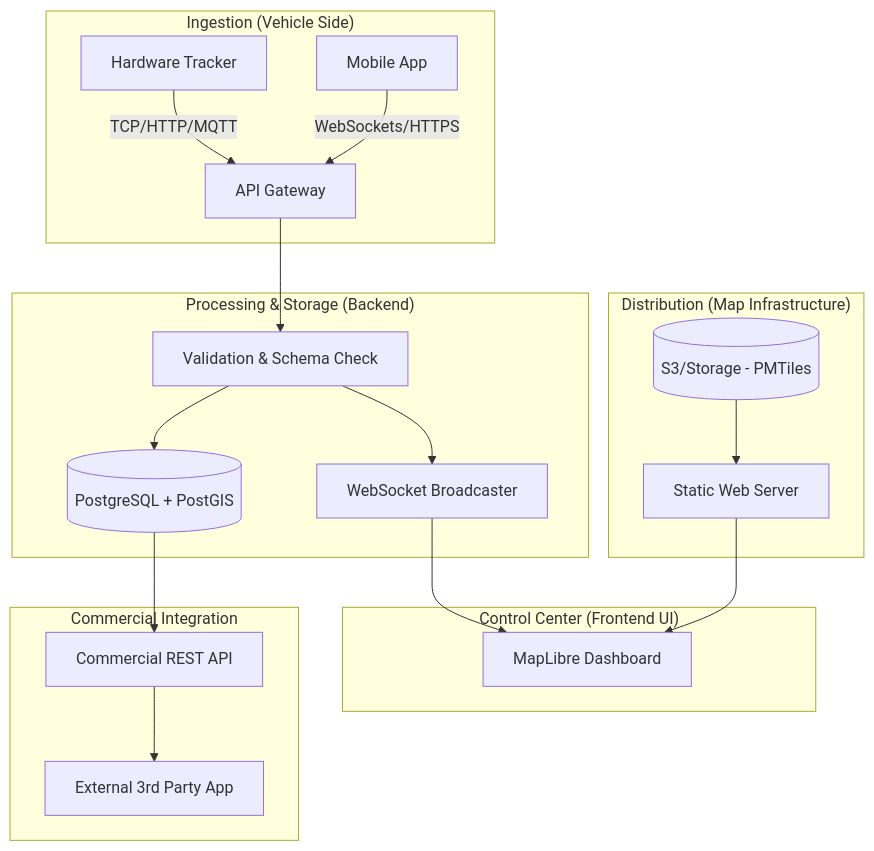
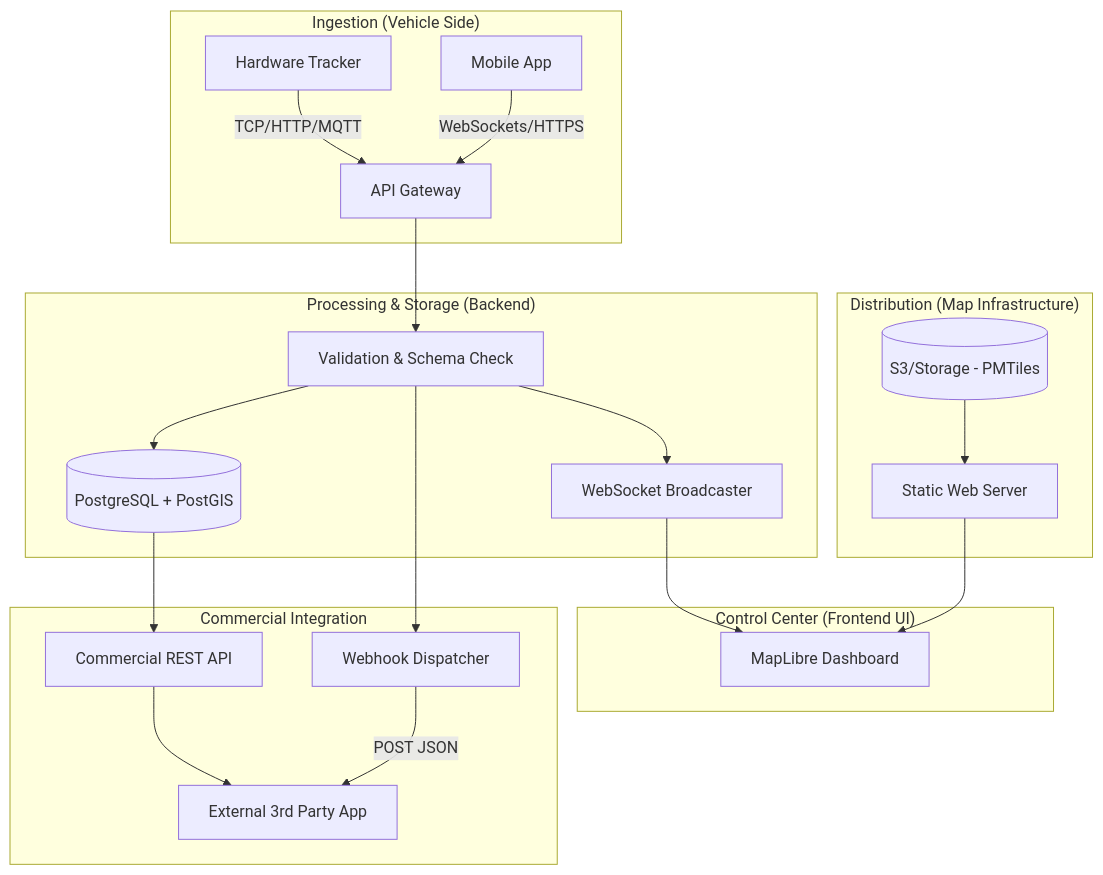
One commit to meetnishant/OpenTrack changed the diagram in docs/architecture.md. Above: the diagram before and after it, drawn with Mermaid. The commit also changed 1 other file, not shown here.

Commit message:
docs: update architecture and authentication docs

````diff
--- a/docs/architecture.md
+++ b/docs/architecture.md
@@ -7,27 +7,29 @@
 ```mermaid
 graph TD
     subgraph "Ingestion (Vehicle Side)"
         H[Hardware Tracker] -->|TCP/HTTP/MQTT| API[API Gateway]
         M[Mobile App] -->|WebSockets/HTTPS| API
     end
 
     subgraph "Processing & Storage (Backend)"
         API --> V[Validation & Schema Check]
         V --> DB[(PostgreSQL + PostGIS)]
         V --> WS[WebSocket Broadcaster]
     end
 
     subgraph "Distribution (Map Infrastructure)"
         S3[(S3/Storage - PMTiles)] --> CDN[Static Web Server]
     end
 
     subgraph "Control Center (Frontend UI)"
         WS --> UI[MapLibre Dashboard]
         CDN --> UI
     end
     
     subgraph "Commercial Integration"
         DB --> CAPI[Commercial REST API]
         CAPI --> EXT[External 3rd Party App]
+        V --> WH[Webhook Dispatcher]
+        WH -->|POST JSON| EXT
     end
 ```
````
